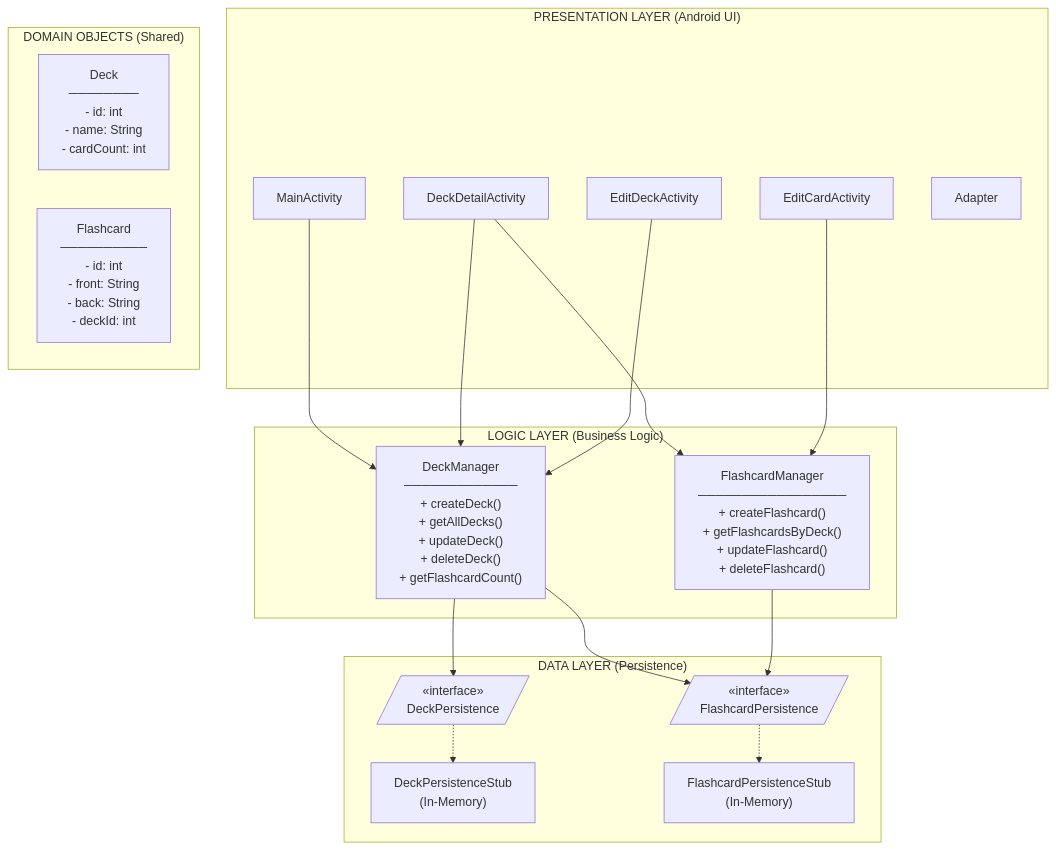
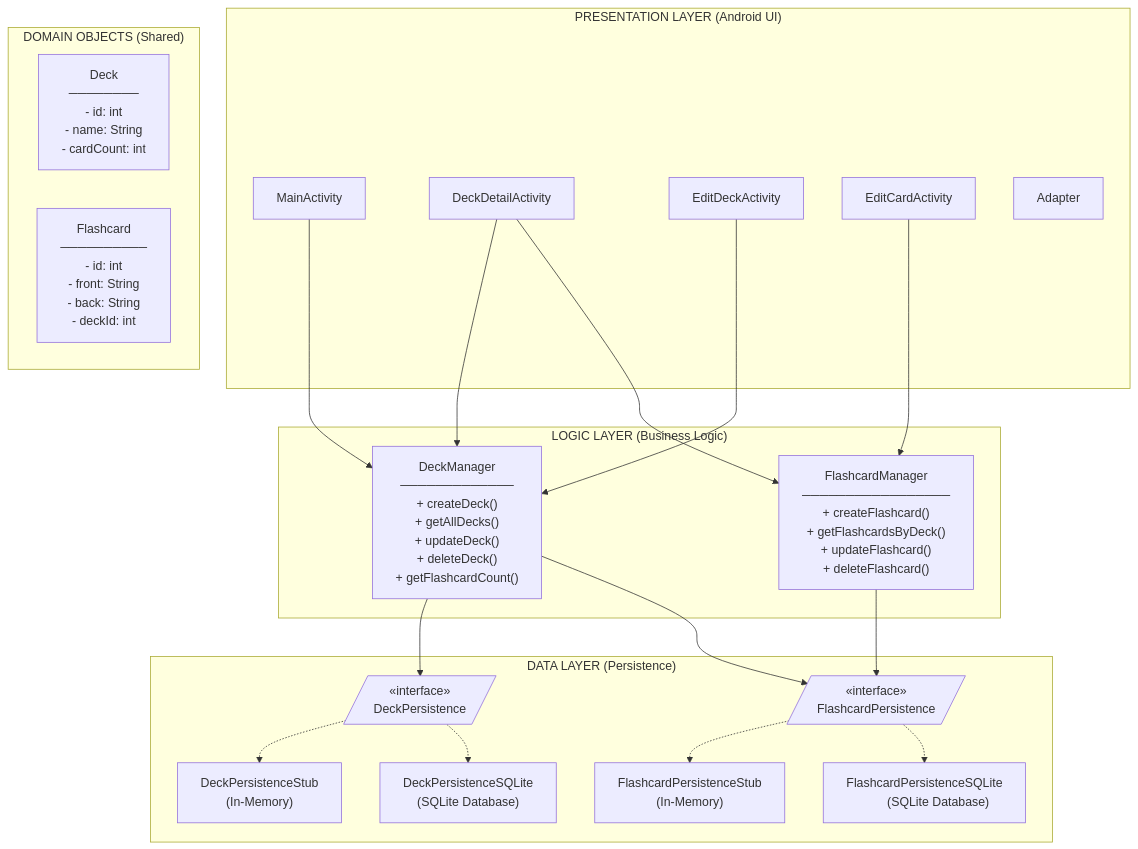
Before and after one commit to nurhossainarman/recallr-android-app: the first of 2 diagrams in Documents/ARCHITECTURE.md, drawn with Mermaid. The commit also changed other lines of this file and 8 other files, not shown here.

Commit message:
Add SQLite database persistence layer with automatic dependency injection

````diff
--- a/Documents/ARCHITECTURE.md
+++ b/Documents/ARCHITECTURE.md
@@ -9,70 +9,77 @@
 ```mermaid
 flowchart TB
     subgraph Presentation["PRESENTATION LAYER (Android UI)"]
         MainActivity["MainActivity"]
         DeckDetailActivity["DeckDetailActivity"]
         EditDeckActivity["EditDeckActivity"]
         EditCardActivity["EditCardActivity"]
         Adapter["Adapter"]
     end
 
     subgraph Logic["LOGIC LAYER (Business Logic)"]
         DeckManager["DeckManager
         ─────────────
         + createDeck()
         + getAllDecks()
         + updateDeck()
         + deleteDeck()
         + getFlashcardCount()"]
         
         FlashcardManager["FlashcardManager
         ─────────────────
         + createFlashcard()
         + getFlashcardsByDeck()
         + updateFlashcard()
         + deleteFlashcard()"]
     end
 
     subgraph Data["DATA LAYER (Persistence)"]
         DeckPersistence[/"«interface»
         DeckPersistence"/]
         FlashcardPersistence[/"«interface»
         FlashcardPersistence"/]
-        
+
         DeckPersistenceStub["DeckPersistenceStub
         (In-Memory)"]
         FlashcardPersistenceStub["FlashcardPersistenceStub
         (In-Memory)"]
+
+        DeckPersistenceSQLite["DeckPersistenceSQLite
+        (SQLite Database)"]
+        FlashcardPersistenceSQLite["FlashcardPersistenceSQLite
+        (SQLite Database)"]
     end
 
     subgraph Domain["DOMAIN OBJECTS (Shared)"]
         Deck["Deck
         ────────
         - id: int
         - name: String
         - cardCount: int"]
         
         Flashcard["Flashcard
         ──────────
         - id: int
         - front: String
         - back: String
         - deckId: int"]
     end
 
     %% Presentation to Logic
     MainActivity --> DeckManager
     DeckDetailActivity --> DeckManager
     DeckDetailActivity --> FlashcardManager
     EditDeckActivity --> DeckManager
     EditCardActivity --> FlashcardManager
 
     %% Logic to Data
     DeckManager --> DeckPersistence
     DeckManager --> FlashcardPersistence
     FlashcardManager --> FlashcardPersistence
 
     %% Interface to Implementation
     DeckPersistence -.-> DeckPersistenceStub
+    DeckPersistence -.-> DeckPersistenceSQLite
     FlashcardPersistence -.-> FlashcardPersistenceStub
+    FlashcardPersistence -.-> FlashcardPersistenceSQLite
 ```
````
